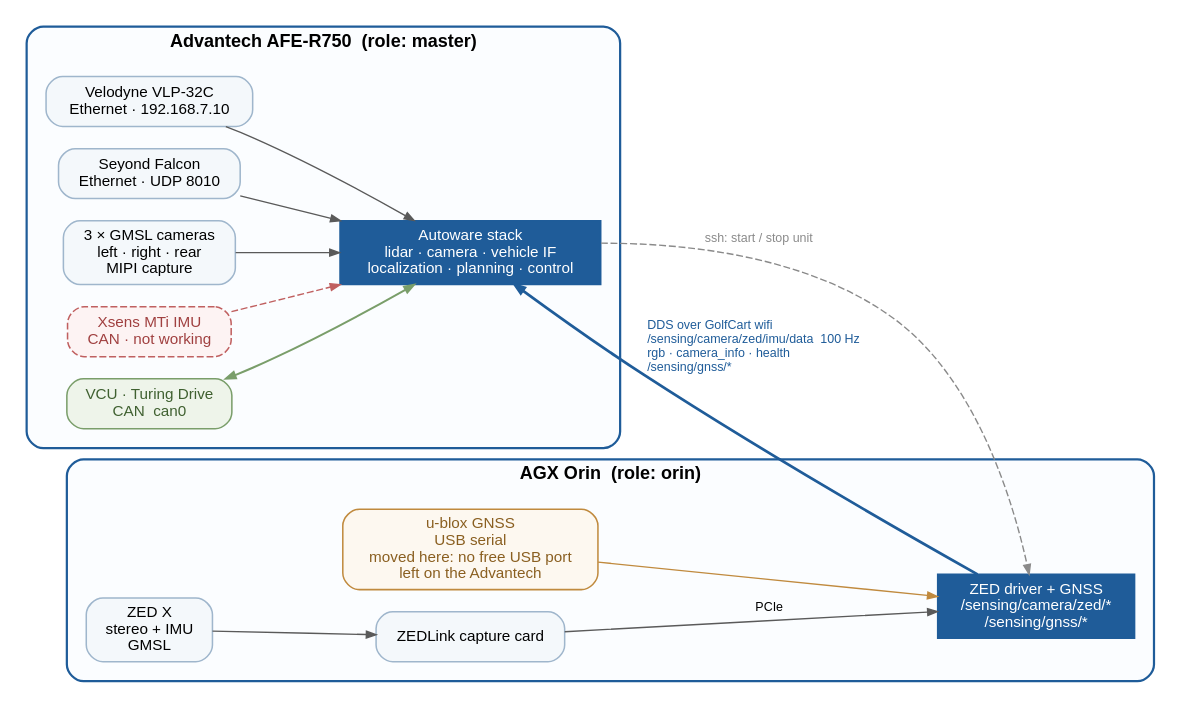
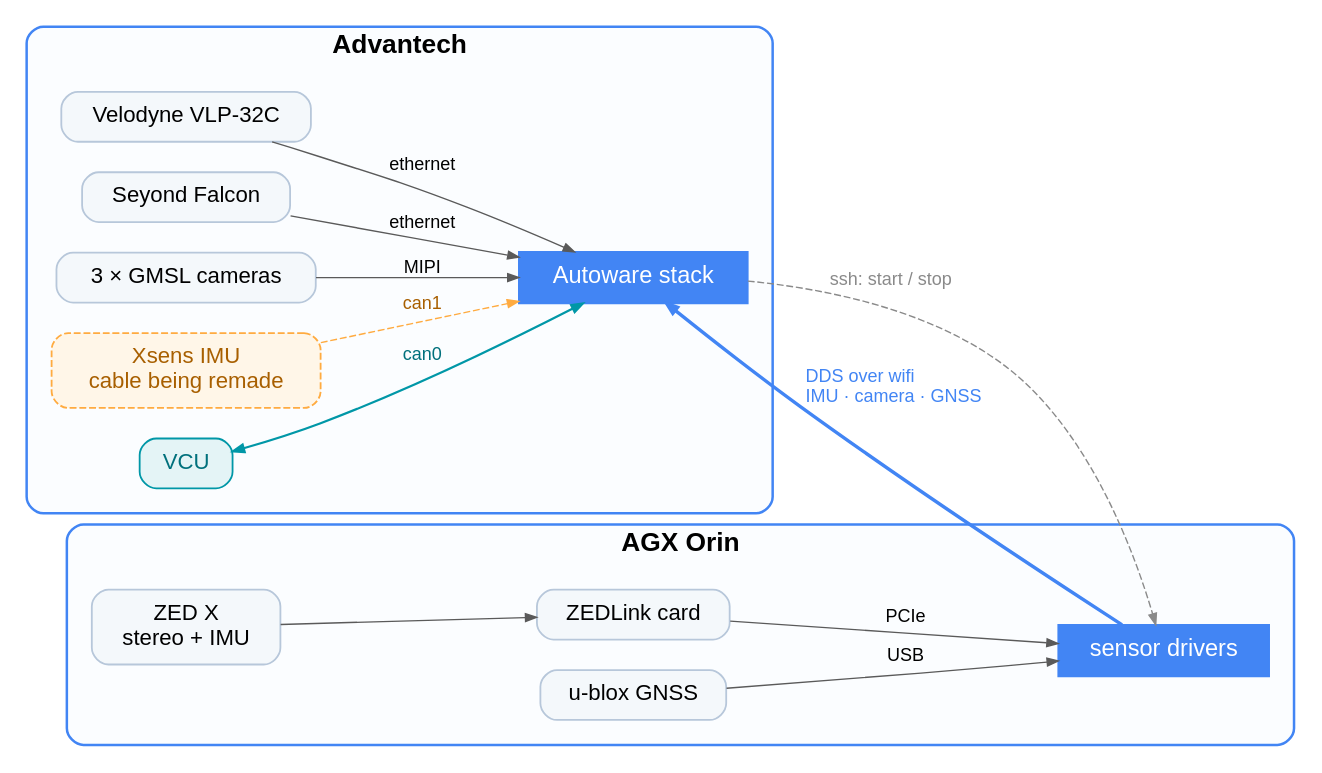
Before and after one commit to NEWSLabNTU/2026-golf-cart: the diagram in docs/reports/assets/sensor_wiring.dot, drawn with Graphviz. The commit also changed 12 other files, not shown here.

```diff
--- a/docs/reports/assets/sensor_wiring.dot
+++ b/docs/reports/assets/sensor_wiring.dot
@@ -1,83 +1,92 @@
 // Sensor wiring across the two machines.
 //
 //   dot -Tpng -Gdpi=150 sensor_wiring.dot -o sensor_wiring.png
 //
 // Ownership is taken from config/recording/{master,orin}_topics.txt, which is
-// the authoritative record of which host publishes what. Connection types come
-// from the sensor kit configs: Velodyne and Falcon are Ethernet, the GMSL
-// cameras are MIPI capture, u-blox is USB serial, and the IMU and VCU are CAN.
+// the authoritative record of which host publishes what.
 //
-// The u-blox sits on the ORIN, not the Advantech. That is a consequence, not a
-// preference: the Advantech has no USB port left. Its ports are taken by the
-// keyboard, the mouse, a phone tethering for internet, and an external disk that
-// exists because the on-board eMMC is too small. The GNSS is the fifth device
-// and there is no fifth port, so it moved to the machine that had one.
+// LABELS ARE DELIBERATELY SHORT. An earlier version put the interface, the IP
+// address, the topic names and the reason-for-placement inside the node cards,
+// which forced the font down until nothing was readable from the back of a
+// room. Anything that is not the device's name now lives on an edge or in what
+// the presenter says out loud. Do not put it back.
+//
+// Facts that are no longer written on the picture:
+//   - Velodyne 192.168.7.10, Falcon UDP 8010
+//   - the ZED IMU topic is /sensing/camera/zed/imu/data at 100 Hz
+//   - the u-blox is on the Orin because the Advantech has no free USB port --
+//     keyboard, mouse, phone tethering, external disk. See notes-usb-ports.md
+//   - the Xsens cable is broken and being remade; the stack runs on the ZED's
+//     built-in IMU meanwhile, so the IMU in use crosses the wifi link
 
 digraph sensors {
   rankdir=LR;
   bgcolor="white";
   compound=true;
-  nodesep=0.22;
-  ranksep=0.85;
+  nodesep=0.30;
+  ranksep=1.05;
   fontname="Helvetica";
-  node  [shape=box, style="rounded,filled", fontname="Helvetica", fontsize=11,
-         color="#9fb6cc", fillcolor="#f4f8fb", penwidth=1.1, margin="0.12,0.07"];
-  edge  [fontname="Helvetica", fontsize=9, color="#5a5a5a", arrowsize=0.7];
+  node  [shape=box, style="rounded,filled", fontname="Helvetica", fontsize=16,
+         color="#B7C7DA", fillcolor="#f4f8fb", penwidth=1.3,
+         margin="0.22,0.13"];
+  edge  [fontname="Helvetica", fontsize=13, color="#5a5a5a", arrowsize=0.8];
 
   // ── Advantech ─────────────────────────────────────────────────────────────
   subgraph cluster_master {
-    label="Advantech AFE-R750  (role: master)";
-    fontsize=13; fontname="Helvetica-Bold";
-    color="#1f5c99"; penwidth=1.6; style=rounded; bgcolor="#fbfdff";
-    margin=14;
+    label="Advantech";
+    fontsize=19; fontname="Helvetica-Bold";
+    color="#4285F4"; penwidth=1.8; style=rounded; bgcolor="#fbfdff";
+    margin=18;
 
-    vlp    [label="Velodyne VLP-32C\nEthernet · 192.168.7.10"];
-    falcon [label="Seyond Falcon\nEthernet · UDP 8010"];
-    cams   [label="3 × GMSL cameras\nleft · right · rear\nMIPI capture"];
-    xsens  [label="Xsens MTi IMU\nCAN · not working", color="#c06060",
-            fillcolor="#fdf3f3", fontcolor="#a04040",
+    vlp    [label="Velodyne VLP-32C"];
+    falcon [label="Seyond Falcon"];
+    cams   [label="3 × GMSL cameras"];
+    xsens  [label="Xsens IMU\ncable being remade", color="#FFAB40",
+            fillcolor="#FFF6E8", fontcolor="#A85F00",
             style="rounded,filled,dashed"];
-    vcu    [label="VCU · Turing Drive\nCAN  can0", fillcolor="#eef4ea",
-            color="#7a9e6a", fontcolor="#3f6030"];
+    vcu    [label="VCU", fillcolor="#E4F4F6", color="#0097A7",
+            fontcolor="#00707C"];
 
-    adv    [label="Autoware stack\nlidar · camera · vehicle IF\nlocalization · planning · control",
-            shape=box, style="filled", fillcolor="#1f5c99", fontcolor="white",
-            color="#1f5c99", fontsize=11];
+    adv    [label="Autoware stack", shape=box, style="filled",
+            fillcolor="#4285F4", fontcolor="white", color="#4285F4",
+            fontsize=17];
 
-    vlp    -> adv;
-    falcon -> adv;
-    cams   -> adv;
-    xsens  -> adv [color="#c06060", style=dashed];
-    vcu    -> adv [dir=both, color="#7a9e6a", penwidth=1.4];
+    vlp    -> adv [label="  ethernet"];
+    falcon -> adv [label="  ethernet"];
+    cams   -> adv [label="  MIPI"];
+    xsens  -> adv [label="  can1", color="#FFAB40",
+                   fontcolor="#A85F00", style=dashed];
+    vcu    -> adv [label="  can0", dir=both, color="#0097A7",
+                   fontcolor="#00707C", penwidth=1.6];
   }
 
   // ── Orin ──────────────────────────────────────────────────────────────────
   subgraph cluster_orin {
-    label="AGX Orin  (role: orin)";
-    fontsize=13; fontname="Helvetica-Bold";
-    color="#1f5c99"; penwidth=1.6; style=rounded; bgcolor="#fbfdff";
-    margin=14;
+    label="AGX Orin";
+    fontsize=19; fontname="Helvetica-Bold";
+    color="#4285F4"; penwidth=1.8; style=rounded; bgcolor="#fbfdff";
+    margin=18;
 
-    zedl [label="ZEDLink capture card"];
-    gnss [label="u-blox GNSS\nUSB serial\nmoved here: no free USB port\nleft on the Advantech",
-          color="#c08a3e", fillcolor="#fdf8f0", fontcolor="#8a5f20"];
-    orin [label="ZED driver + GNSS\n/sensing/camera/zed/*\n/sensing/gnss/*",
-          shape=box, style="filled", fillcolor="#1f5c99", fontcolor="white",
-          color="#1f5c99", fontsize=11];
+    zed  [label="ZED X\nstereo + IMU"];
+    zedl [label="ZEDLink card"];
+    gnss [label="u-blox GNSS"];
 
-    zed  [label="ZED X\nstereo + IMU\nGMSL"];
+    orin [label="sensor drivers", shape=box, style="filled",
+          fillcolor="#4285F4", fontcolor="white", color="#4285F4",
+          fontsize=17];
+
     zed  -> zedl;
-    zedl -> orin [label="PCIe"];
-    gnss -> orin [color="#c08a3e"];
+    zedl -> orin [label="  PCIe"];
+    gnss -> orin [label="  USB"];
   }
 
   // ── the virtual link ──────────────────────────────────────────────────────
-  // Not a cable: ROS 2 topics over DDS on the GolfCart wifi AP. The IMU the
-  // stack actually uses crosses this link, which is why its latency matters.
-  orin -> adv [label="  DDS over GolfCart wifi\l  /sensing/camera/zed/imu/data  100 Hz\l  rgb · camera_info · health\l  /sensing/gnss/*\l",
-               style=bold, color="#1f5c99", fontcolor="#1f5c99",
-               penwidth=2.0, constraint=false];
-  adv  -> orin [label="  ssh: start / stop unit\l",
+  // Not a cable. The IMU the stack actually uses crosses it, and so does the
+  // GNSS fix -- which is why its latency matters to localization.
+  orin -> adv [label="  DDS over wifi\l  IMU · camera · GNSS\l",
+               style=bold, color="#4285F4", fontcolor="#4285F4",
+               penwidth=2.4, constraint=false];
+  adv  -> orin [label="  ssh: start / stop\l",
                 style=dashed, color="#8a8a8a", fontcolor="#8a8a8a",
                 constraint=false];
 }
```
